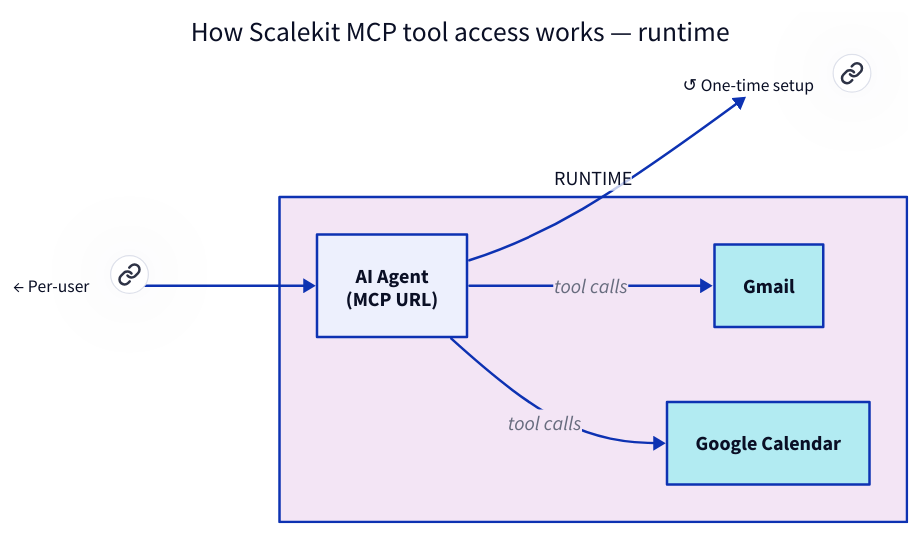
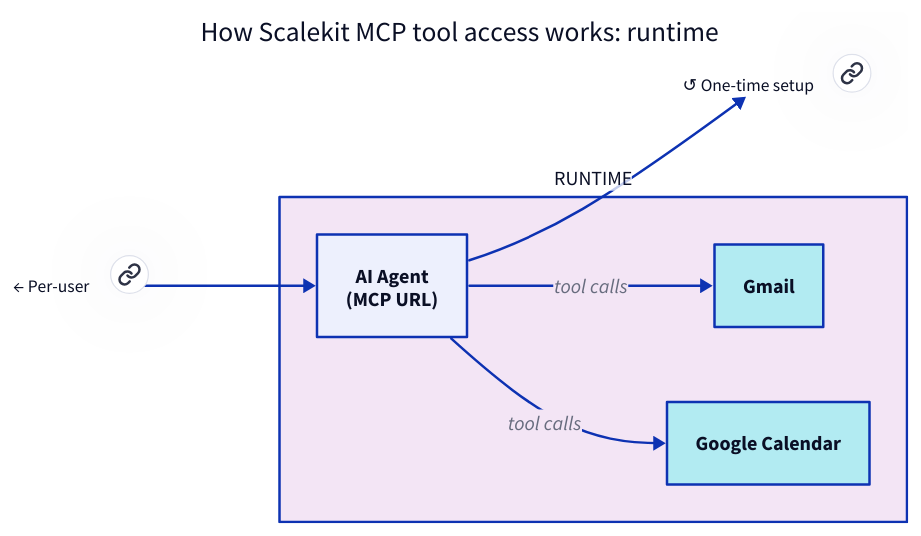
The third of 3 diagrams in src/content/docs/agentkit/mcp/configure-mcp-server.mdx (scalekit-inc/developer-docs), drawn with D2 before and after one commit. The commit also changed other lines of this file and 159 other files, not shown here.

````diff
--- a/src/content/docs/agentkit/mcp/configure-mcp-server.mdx
+++ b/src/content/docs/agentkit/mcp/configure-mcp-server.mdx
@@ -128,47 +128,47 @@
 ```d2 pad=48
 direction: right
 
-title: "How Scalekit MCP tool access works — runtime" {
+title: "How Scalekit MCP tool access works: runtime" {
   near: top-center
   shape: text
   style.font-size: 22
 }
 
 prev_flow: "← Per-user" {
   shape: text
   style.font-size: 14
   link: "#per-user"
 }
 
 restart_flow: "↺ One-time setup" {
   shape: text
   style.font-size: 14
   link: "#one-time-setup"
 }
 
 runtime: {
   label: "RUNTIME"
   style.fill: "#F3E5F5"
   style.font-size: 16
 
   agent: "AI Agent\n(MCP URL)" {
     shape: rectangle
     style.font-size: 16
   }
   gmail: Gmail {
     shape: rectangle
     style.fill: "#B2EBF2"
     style.font-size: 16
   }
   gcal: "Google Calendar" {
     shape: rectangle
     style.fill: "#B2EBF2"
     style.font-size: 16
   }
   agent -> gmail: tool calls
   agent -> gcal: tool calls
 }
 
 prev_flow -> runtime.agent
 runtime.agent -> restart_flow
 ```
````
